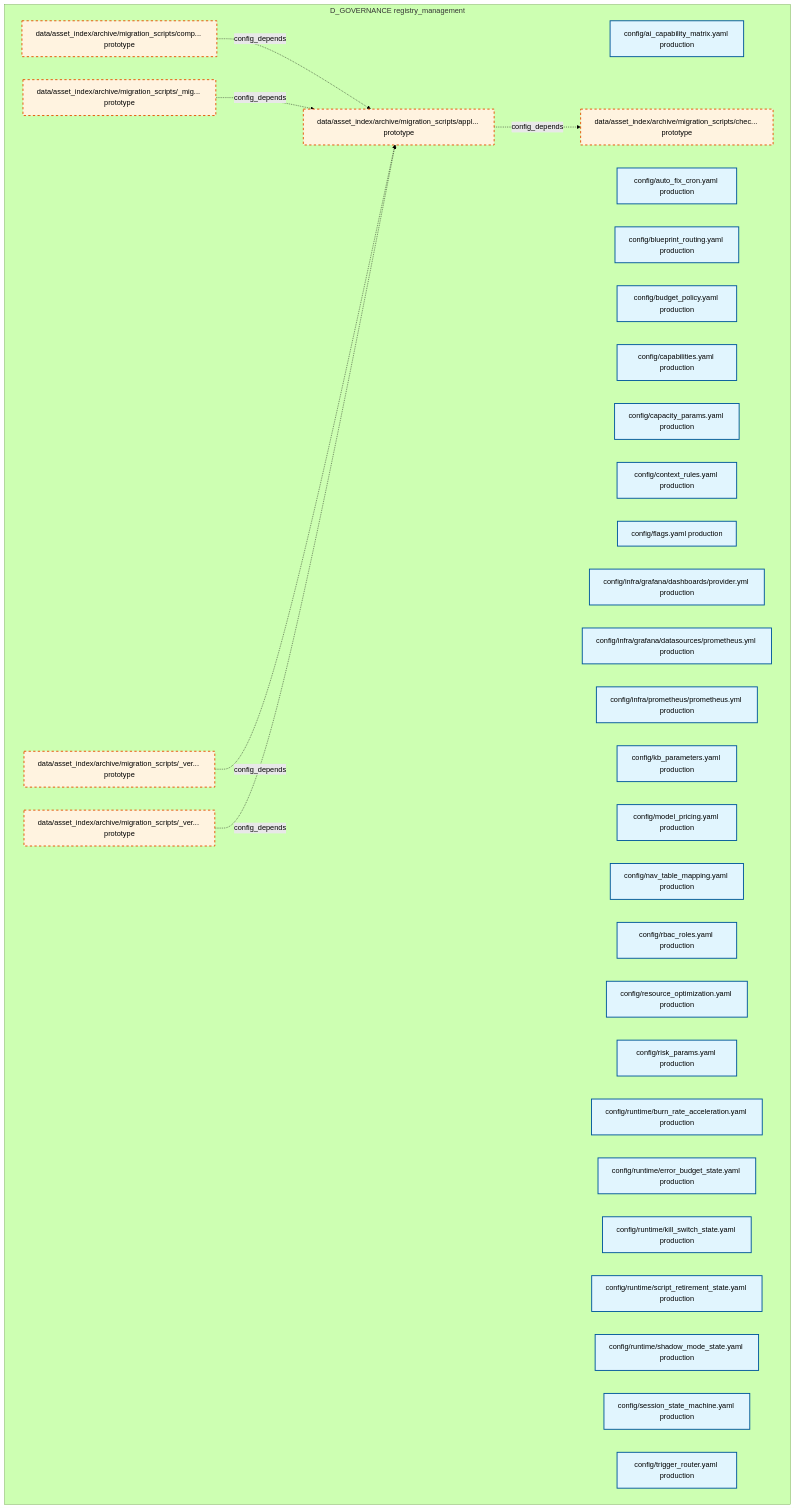
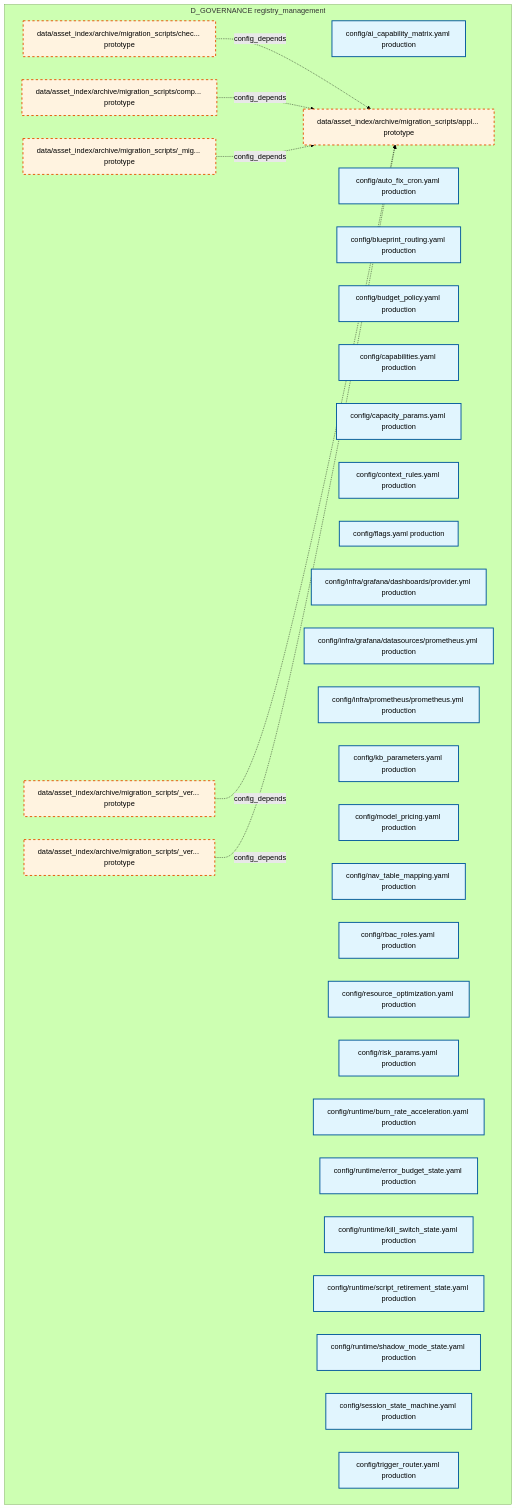
The first of 30 diagrams in docs/02_enterprise_architecture/02_domain_architecture_docs/32_d_governance.md (xuanFelixVan/ZephyrAlpha), drawn with Mermaid (forest theme) before and after one commit. The commit also changed other lines of this file and 97 other files, not shown here.

````diff
--- a/docs/02_enterprise_architecture/02_domain_architecture_docs/32_d_governance.md
+++ b/docs/02_enterprise_architecture/02_domain_architecture_docs/32_d_governance.md
@@ -49,46 +49,46 @@
 ```mermaid
 graph TD
     subgraph D_GOVERNANCE["D_GOVERNANCE registry_management"]
         config_ai_capability_matrix_yaml["config/ai_capability_matrix.yaml production"]
         config_auto_fix_cron_yaml["config/auto_fix_cron.yaml production"]
         config_blueprint_routing_yaml["config/blueprint_routing.yaml production"]
         config_budget_policy_yaml["config/budget_policy.yaml production"]
         config_capabilities_yaml["config/capabilities.yaml production"]
         config_capacity_params_yaml["config/capacity_params.yaml production"]
         config_context_rules_yaml["config/context_rules.yaml production"]
         config_flags_yaml["config/flags.yaml production"]
         config_infra_grafana_dashboards_provider_yml["config/infra/grafana/dashboards/provider.yml production"]
         config_infra_grafana_datasources_prometheus_yml["config/infra/grafana/datasources/prometheus.yml production"]
         config_infra_prometheus_prometheus_yml["config/infra/prometheus/prometheus.yml production"]
         config_kb_parameters_yaml["config/kb_parameters.yaml production"]
         config_model_pricing_yaml["config/model_pricing.yaml production"]
         config_nav_table_mapping_yaml["config/nav_table_mapping.yaml production"]
         config_rbac_roles_yaml["config/rbac_roles.yaml production"]
         config_resource_optimization_yaml["config/resource_optimization.yaml production"]
         config_risk_params_yaml["config/risk_params.yaml production"]
         config_runtime_burn_rate_acceleration_yaml["config/runtime/burn_rate_acceleration.yaml production"]
         config_runtime_error_budget_state_yaml["config/runtime/error_budget_state.yaml production"]
         config_runtime_kill_switch_state_yaml["config/runtime/kill_switch_state.yaml production"]
         config_runtime_script_retirement_state_yaml["config/runtime/script_retirement_state.yaml production"]
         config_runtime_shadow_mode_state_yaml["config/runtime/shadow_mode_state.yaml production"]
         config_session_state_machine_yaml["config/session_state_machine.yaml production"]
         config_trigger_router_yaml["config/trigger_router.yaml production"]
         data_asset_index_archive_migration_scripts_migration_shared_py["data/asset_index/archive/migration_scripts/_mig... prototype"]
         data_asset_index_archive_migration_scripts_verify_manifest_py["data/asset_index/archive/migration_scripts/_ver... prototype"]
         data_asset_index_archive_migration_scripts_verify_step4_py["data/asset_index/archive/migration_scripts/_ver... prototype"]
         data_asset_index_archive_migration_scripts_apply_rulings_py["data/asset_index/archive/migration_scripts/appl... prototype"]
         data_asset_index_archive_migration_scripts_check_coverage_py["data/asset_index/archive/migration_scripts/chec... prototype"]
         data_asset_index_archive_migration_scripts_comprehensive_import_fix_py["data/asset_index/archive/migration_scripts/comp... prototype"]
     end
-    data_asset_index_archive_migration_scripts_apply_rulings_py -.->|config_depends| data_asset_index_archive_migration_scripts_check_coverage_py
+    data_asset_index_archive_migration_scripts_check_coverage_py -.->|config_depends| data_asset_index_archive_migration_scripts_apply_rulings_py
     data_asset_index_archive_migration_scripts_comprehensive_import_fix_py -.->|config_depends| data_asset_index_archive_migration_scripts_apply_rulings_py
     data_asset_index_archive_migration_scripts_migration_shared_py -.->|config_depends| data_asset_index_archive_migration_scripts_apply_rulings_py
     data_asset_index_archive_migration_scripts_verify_manifest_py -.->|config_depends| data_asset_index_archive_migration_scripts_apply_rulings_py
     data_asset_index_archive_migration_scripts_verify_step4_py -.->|config_depends| data_asset_index_archive_migration_scripts_apply_rulings_py
     classDef production fill:#e1f5fe,stroke:#01579b,stroke-width:2px,color:#000
     classDef design fill:#fff3e0,stroke:#e65100,stroke-width:2px,color:#000,stroke-dasharray: 5 5
     classDef external_prod fill:#e8f5e9,stroke:#1b5e20,stroke-width:1px,color:#000
     classDef external_design fill:#fce4ec,stroke:#880e4f,stroke-width:1px,color:#000,stroke-dasharray: 5 5
     class config_ai_capability_matrix_yaml,config_auto_fix_cron_yaml,config_blueprint_routing_yaml,config_budget_policy_yaml,config_capabilities_yaml,config_capacity_params_yaml,config_context_rules_yaml,config_flags_yaml,config_infra_grafana_dashboards_provider_yml,config_infra_grafana_datasources_prometheus_yml,config_infra_prometheus_prometheus_yml,config_kb_parameters_yaml,config_model_pricing_yaml,config_nav_table_mapping_yaml,config_rbac_roles_yaml,config_resource_optimization_yaml,config_risk_params_yaml,config_runtime_burn_rate_acceleration_yaml,config_runtime_error_budget_state_yaml,config_runtime_kill_switch_state_yaml,config_runtime_script_retirement_state_yaml,config_runtime_shadow_mode_state_yaml,config_session_state_machine_yaml,config_trigger_router_yaml production
     class data_asset_index_archive_migration_scripts_migration_shared_py,data_asset_index_archive_migration_scripts_verify_manifest_py,data_asset_index_archive_migration_scripts_verify_step4_py,data_asset_index_archive_migration_scripts_apply_rulings_py,data_asset_index_archive_migration_scripts_check_coverage_py,data_asset_index_archive_migration_scripts_comprehensive_import_fix_py design
 ```
````
